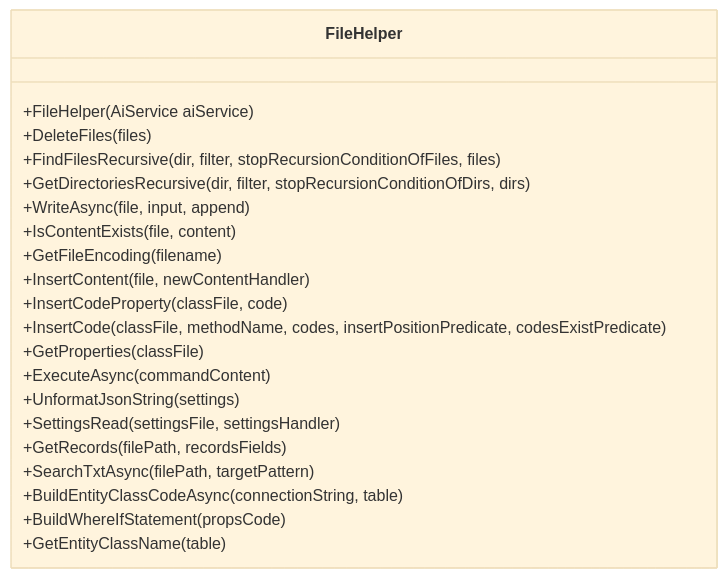
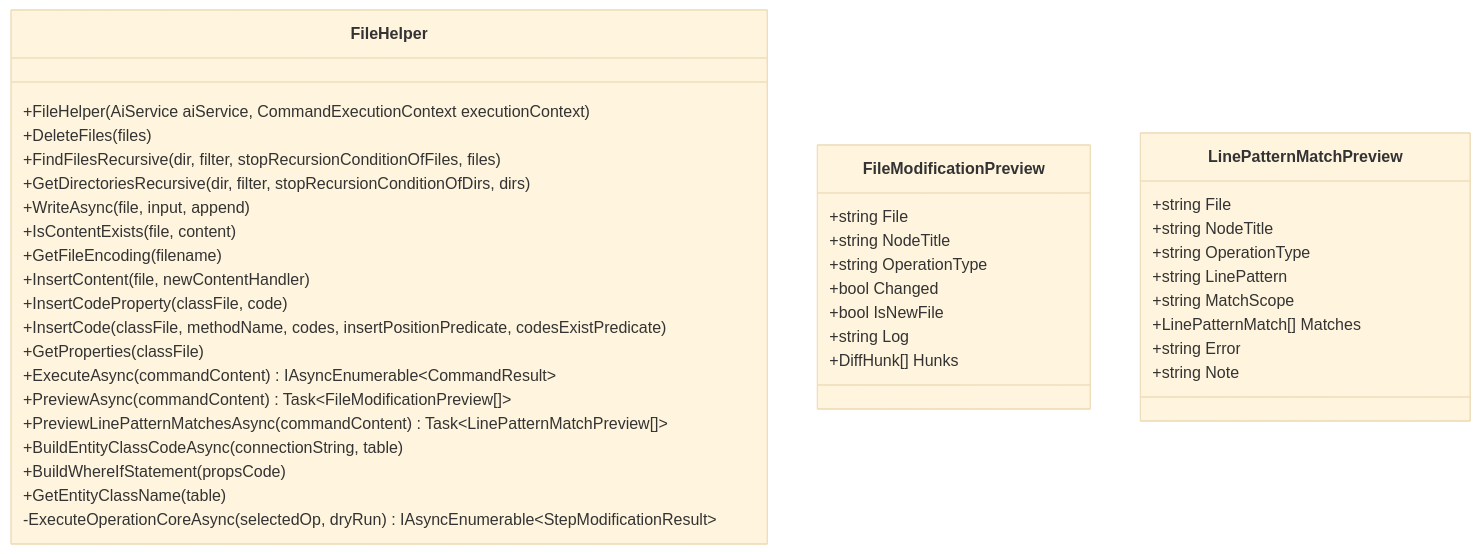
One commit to Sosososolong/AirGo changed the third of 8 diagrams in .qoder/repowiki/zh/content/工具库详解/文件操作工具.md. Above: the diagram before and after it, drawn with Mermaid (base theme). The commit also changed other lines of this file and 12 other files, not shown here.

````diff
--- a/.qoder/repowiki/zh/content/工具库详解/文件操作工具.md
+++ b/.qoder/repowiki/zh/content/工具库详解/文件操作工具.md
@@ -165,24 +189,42 @@
 ```mermaid
 classDiagram
 class FileHelper {
-+FileHelper(AiService aiService)
++FileHelper(AiService aiService, CommandExecutionContext executionContext)
 +DeleteFiles(files)
 +FindFilesRecursive(dir, filter, stopRecursionConditionOfFiles, files)
 +GetDirectoriesRecursive(dir, filter, stopRecursionConditionOfDirs, dirs)
 +WriteAsync(file, input, append)
 +IsContentExists(file, content)
 +GetFileEncoding(filename)
 +InsertContent(file, newContentHandler)
 +InsertCodeProperty(classFile, code)
 +InsertCode(classFile, methodName, codes, insertPositionPredicate, codesExistPredicate)
 +GetProperties(classFile)
-+ExecuteAsync(commandContent)
-+UnformatJsonString(settings)
-+SettingsRead(settingsFile, settingsHandler)
-+GetRecords(filePath, recordsFields)
-+SearchTxtAsync(filePath, targetPattern)
++ExecuteAsync(commandContent) IAsyncEnumerable~CommandResult~
++PreviewAsync(commandContent) Task~FileModificationPreview[]~
++PreviewLinePatternMatchesAsync(commandContent) Task~LinePatternMatchPreview[]~
 +BuildEntityClassCodeAsync(connectionString, table)
 +BuildWhereIfStatement(propsCode)
 +GetEntityClassName(table)
+-ExecuteOperationCoreAsync(selectedOp, dryRun) IAsyncEnumerable~StepModificationResult~
+}
+class FileModificationPreview {
++string File
++string NodeTitle
++string OperationType
++bool Changed
++bool IsNewFile
++string Log
++DiffHunk[] Hunks
+}
+class LinePatternMatchPreview {
++string File
++string NodeTitle
++string OperationType
++string LinePattern
++string MatchScope
++LinePatternMatch[] Matches
++string Error
++string Note
 }
 ```
````
